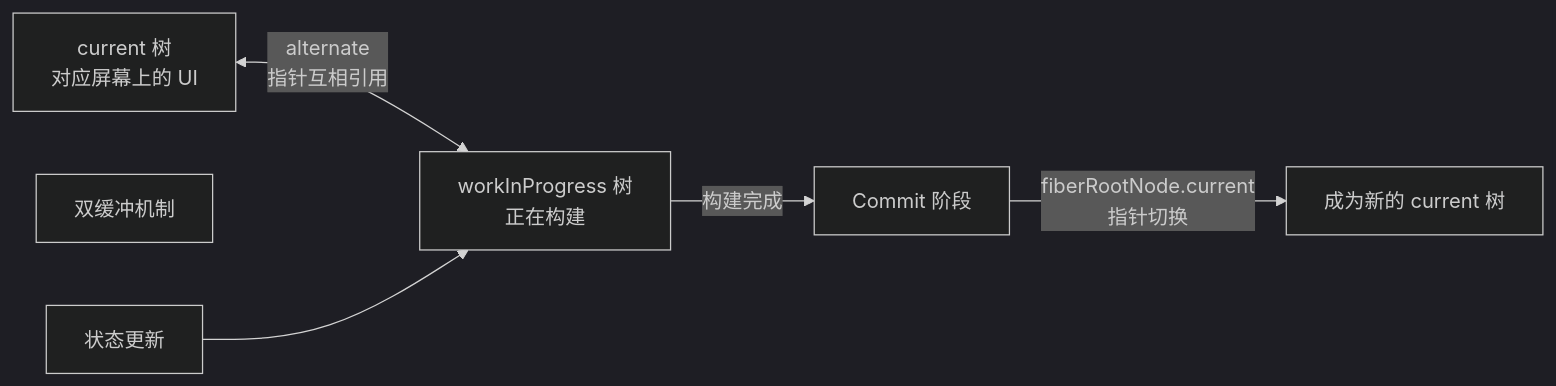
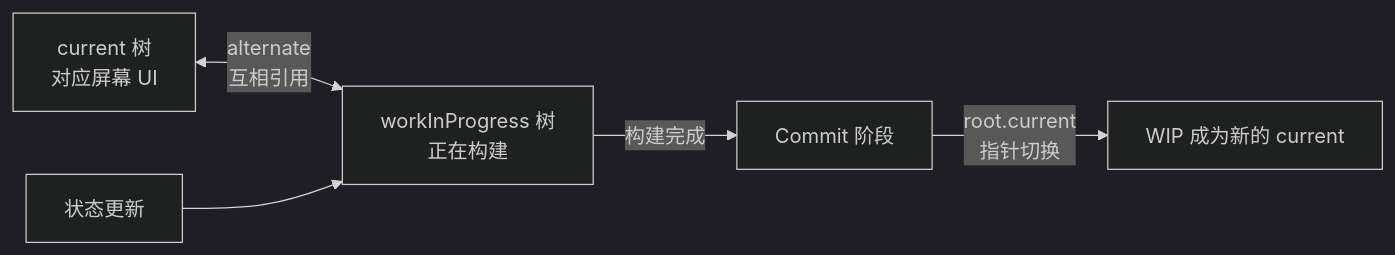
One commit to sentibeitaokong/CoreFront-EndConcepts changed the fourth of 5 diagrams in apps/docs/frameworks/react/advanced/core-design/fiberArchitecture.md. Above: the diagram before and after it, drawn with Mermaid (dark theme). The commit also changed other lines of this file and 1 other file, not shown here.

````diff
--- a/apps/docs/frameworks/react/advanced/core-design/fiberArchitecture.md
+++ b/apps/docs/frameworks/react/advanced/core-design/fiberArchitecture.md
@@ -117,13 +168,12 @@
 ```mermaid
 flowchart LR
-    Current[current 树<br/>对应屏幕上的 UI]
+    Current[current 树<br/>对应屏幕 UI]
     WIP[workInProgress 树<br/>正在构建]
-    Buffer[双缓冲机制]
 
-    Current <-->|alternate<br/>指针互相引用| WIP
+    Current <-->|alternate<br/>互相引用| WIP
 
     Update[状态更新] --> WIP
     WIP -->|构建完成| Commit[Commit 阶段]
+    Commit -->|root.current<br/>指针切换| WIP2[WIP 成为新的 current]
 
-    Commit -->|fiberRootNode.current<br/>指针切换| WIP2[成为新的 current 树]
 ```
````
